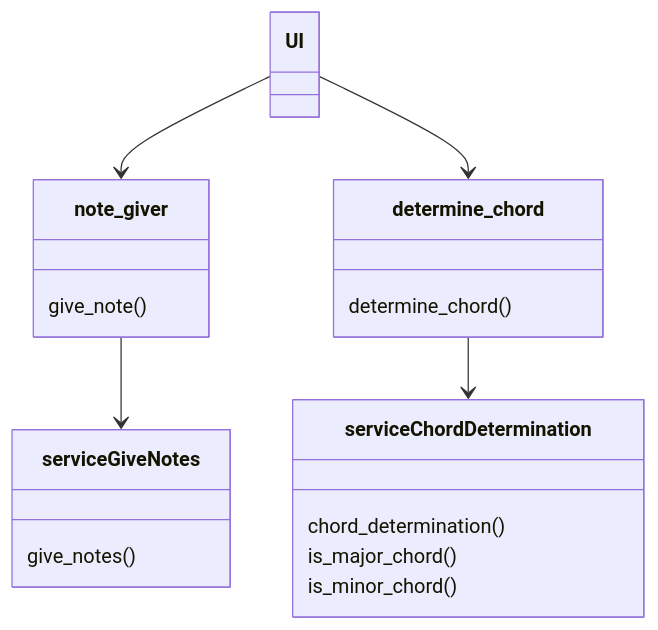
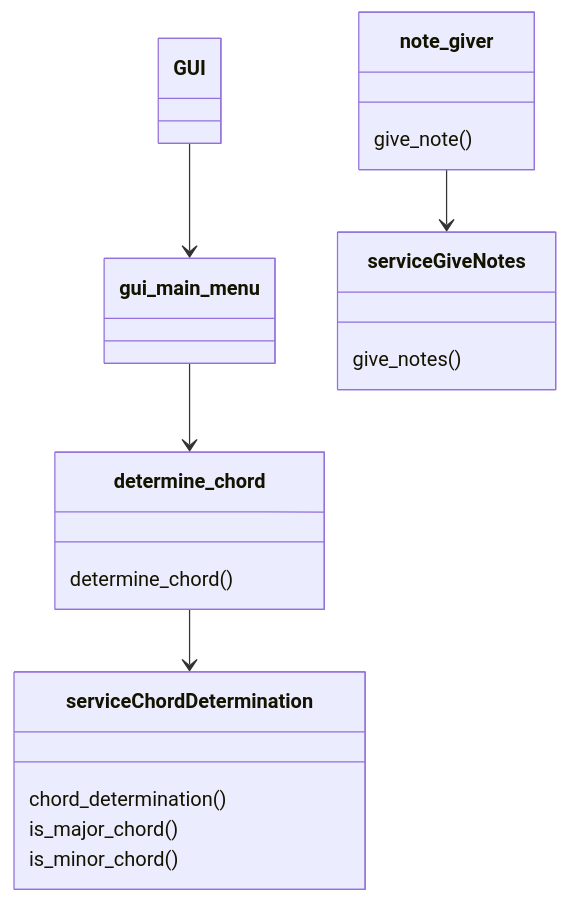
Before and after one commit to Aaltonenn/ot-harjoitustyo: the diagram in dokumentaatio/arkkitehtuuri.md, drawn with Mermaid.

````diff
--- a/dokumentaatio/arkkitehtuuri.md
+++ b/dokumentaatio/arkkitehtuuri.md
@@ -3,23 +3,24 @@
 ```mermaid
  classDiagram
-      UI --> note_giver
-      UI --> determine_chord
+      GUI --> gui_main_menu
+      gui_main_menu note_giver
+      gui_main_menu --> determine_chord
       note_giver --> serviceGiveNotes
       determine_chord --> serviceChordDetermination
       
       class serviceChordDetermination{
       chord_determination()
       is_major_chord()
       is_minor_chord()
       }
       class serviceGiveNotes{
       give_notes()
       }
       class note_giver{
       give_note()
       }
       class determine_chord{
       determine_chord()
       }
       
 ```
````
